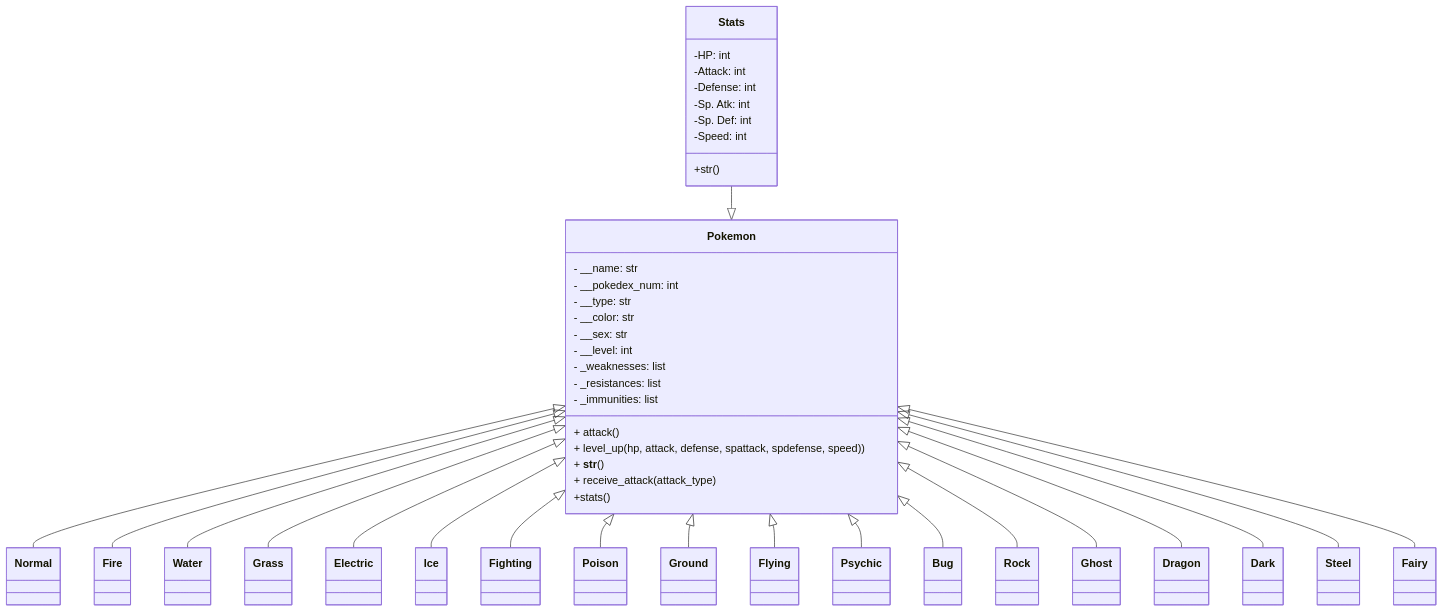
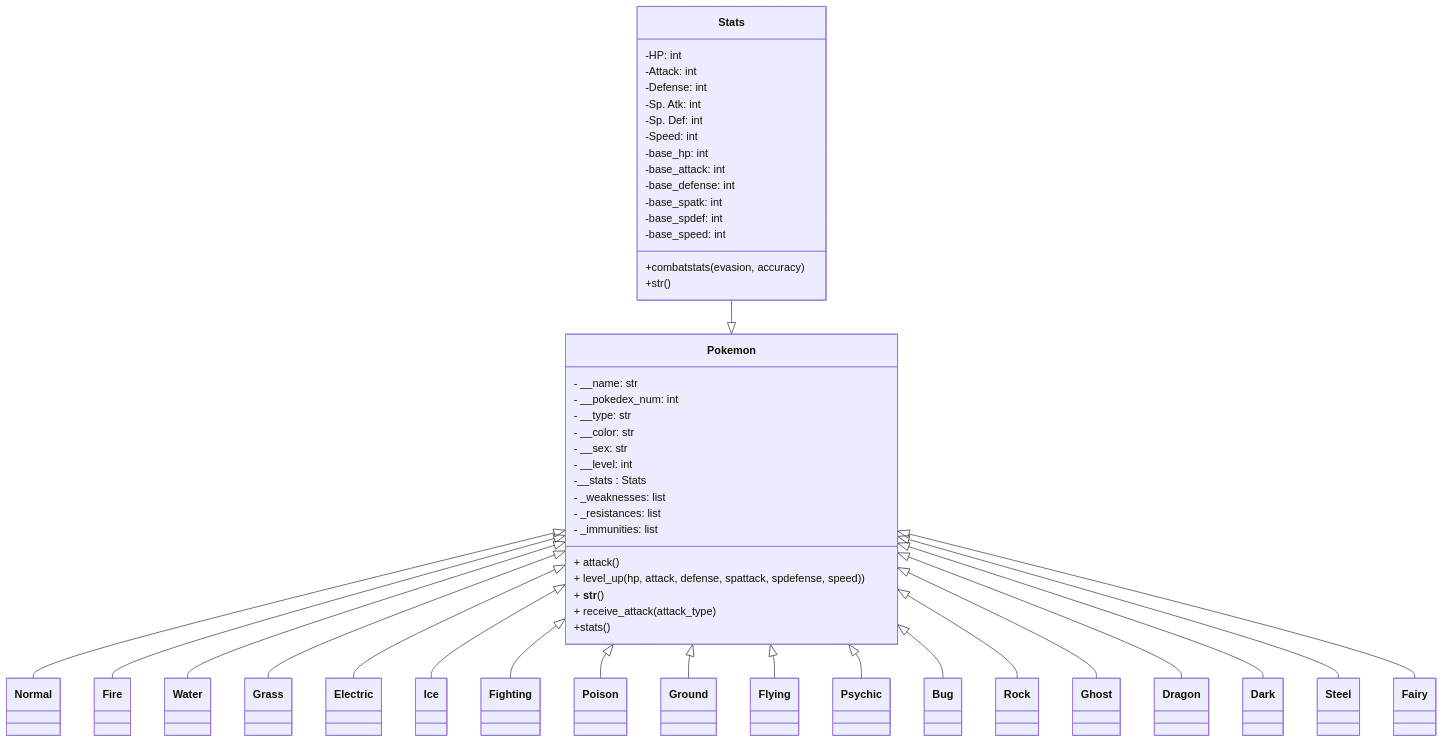
Before and after one commit to felipeg17/poke-repo: the diagram in README.md, drawn with Mermaid.

Commit message:
Updated the class diagram
updated the class diagram and changed things on the stats class

````diff
--- a/README.md
+++ b/README.md
@@ -66,15 +66,6 @@
     }
     class Fairy {
     }
-    class Stats {
-	    -HP: int
-	    -Attack: int
-	    -Defense: int
-	    -Sp. Atk: int
-	    -Sp. Def: int
-	    -Speed: int
-	    +str()
-    }
     class Pokemon {
 	    - __name: str
 	    - __pokedex_num: int
@@ -82,6 +73,7 @@
 	    - __color: str
 	    - __sex: str
 	    - __level: int
+	    -__stats : Stats
 	    - _weaknesses: list
 	    - _resistances: list
 	    - _immunities: list
@@ -90,6 +82,22 @@
 	    + __str__()
 	    + receive_attack(attack_type)
 	    +stats()
+    }
+    class Stats {
+	    -HP: int
+	    -Attack: int
+	    -Defense: int
+	    -Sp. Atk: int
+	    -Sp. Def: int
+	    -Speed: int
+	    -base_hp: int
+	    -base_attack: int
+	    -base_defense: int
+	    -base_spatk: int
+	    -base_spdef: int
+	    -base_speed: int
+	    +combatstats(evasion, accuracy)
+	    +str()
     }
 
     Pokemon <|-- Normal
@@ -111,5 +119,4 @@
     Pokemon <|-- Steel
     Pokemon <|-- Fairy
     Stats --|> Pokemon
-
 ```
````
